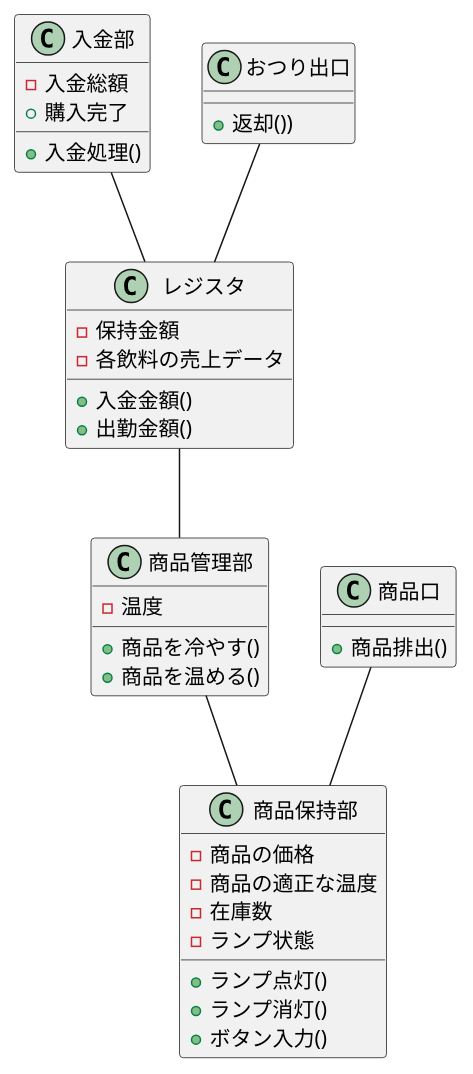
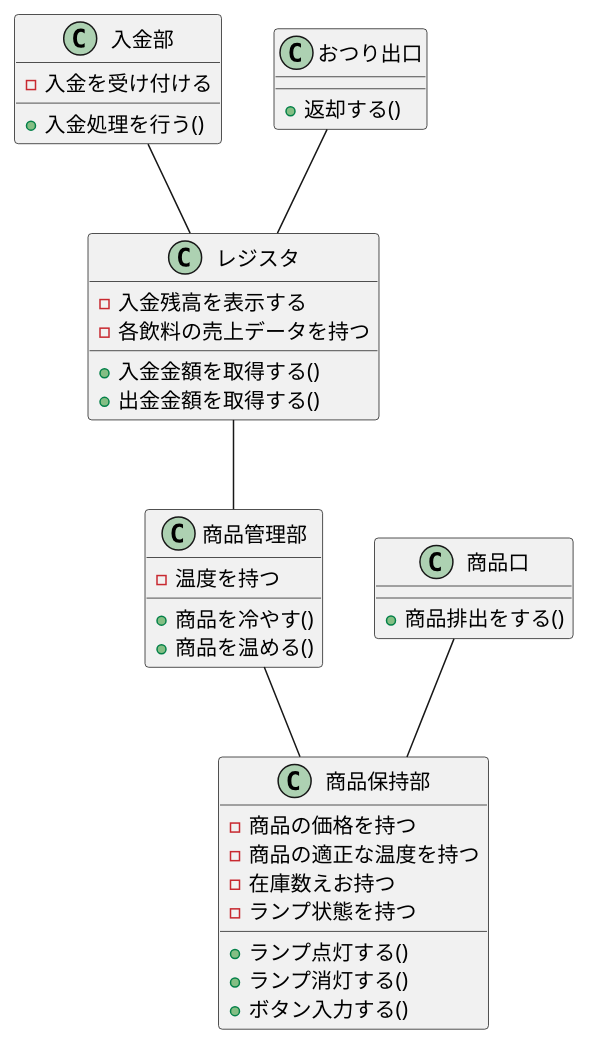
The diagram in kattsun17/Q03/class.pu (SLP-ETR-public/plantUML-recture), drawn with PlantUML before and after one commit. The commit also changed 1 other file, not shown here.

Commit message:
(kattsun:Q03) class図の属性や操作を変更

```diff
--- a/kattsun17/Q03/class.pu
+++ b/kattsun17/Q03/class.pu
@@ -1,46 +1,45 @@
 @startuml
 
 class 入金部 {
-    - 入金総額
-    + 入金処理()
-    + 購入完了
+    - 入金を受け付ける
+    + 入金処理を行う()
 }
 
 class レジスタ {
-    - 保持金額
-    - 各飲料の売上データ
-    + 入金金額()
-    + 出勤金額()
+    - 入金残高を表示する
+    - 各飲料の売上データを持つ
+    + 入金金額を取得する()
+    + 出金金額を取得する()
 }
 
 class おつり出口 {
-    + 返却())
+    + 返却する()
 }
 
 class 商品管理部 {
-    - 温度
+    - 温度を持つ
     + 商品を冷やす()
     + 商品を温める()
 }
 
 class 商品保持部 {
-    - 商品の価格
-    - 商品の適正な温度
-    - 在庫数
-    - ランプ状態
-    + ランプ点灯()
-    + ランプ消灯()
-    + ボタン入力()
+    - 商品の価格を持つ
+    - 商品の適正な温度を持つ
+    - 在庫数えお持つ
+    - ランプ状態を持つ
+    + ランプ点灯する()
+    + ランプ消灯する()
+    + ボタン入力する()
 }
 
 class 商品口 {
-    + 商品排出()
+    + 商品排出をする()
 } 
 
 商品管理部 -- 商品保持部
 商品口 -- 商品保持部
 おつり出口 -- レジスタ
 入金部 -- レジスタ
 レジスタ -- 商品管理部
 
 @enduml
```
